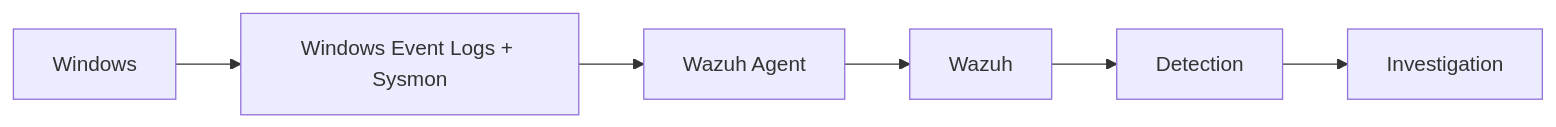
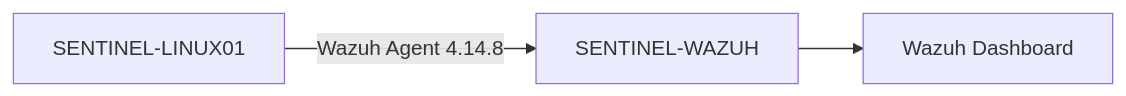
Before and after one commit to andyydz/sentinel-soc-lab: the second of 3 diagrams in docs/03-architecture.md, drawn with Mermaid. The commit also changed other lines of this file, not shown here.

````diff
--- a/docs/03-architecture.md
+++ b/docs/03-architecture.md
@@ -223,8 +201,5 @@
 ```mermaid
 flowchart LR
-    W[Windows] --> L["Windows Event Logs + Sysmon"]
-    L --> A[Wazuh Agent]
-    A --> S[Wazuh]
-    S --> D[Detection]
-    D --> I[Investigation]
+    L[SENTINEL-LINUX01] -->|Wazuh Agent 4.14.8| W[SENTINEL-WAZUH]
+    W --> D[Wazuh Dashboard]
 ```
````
